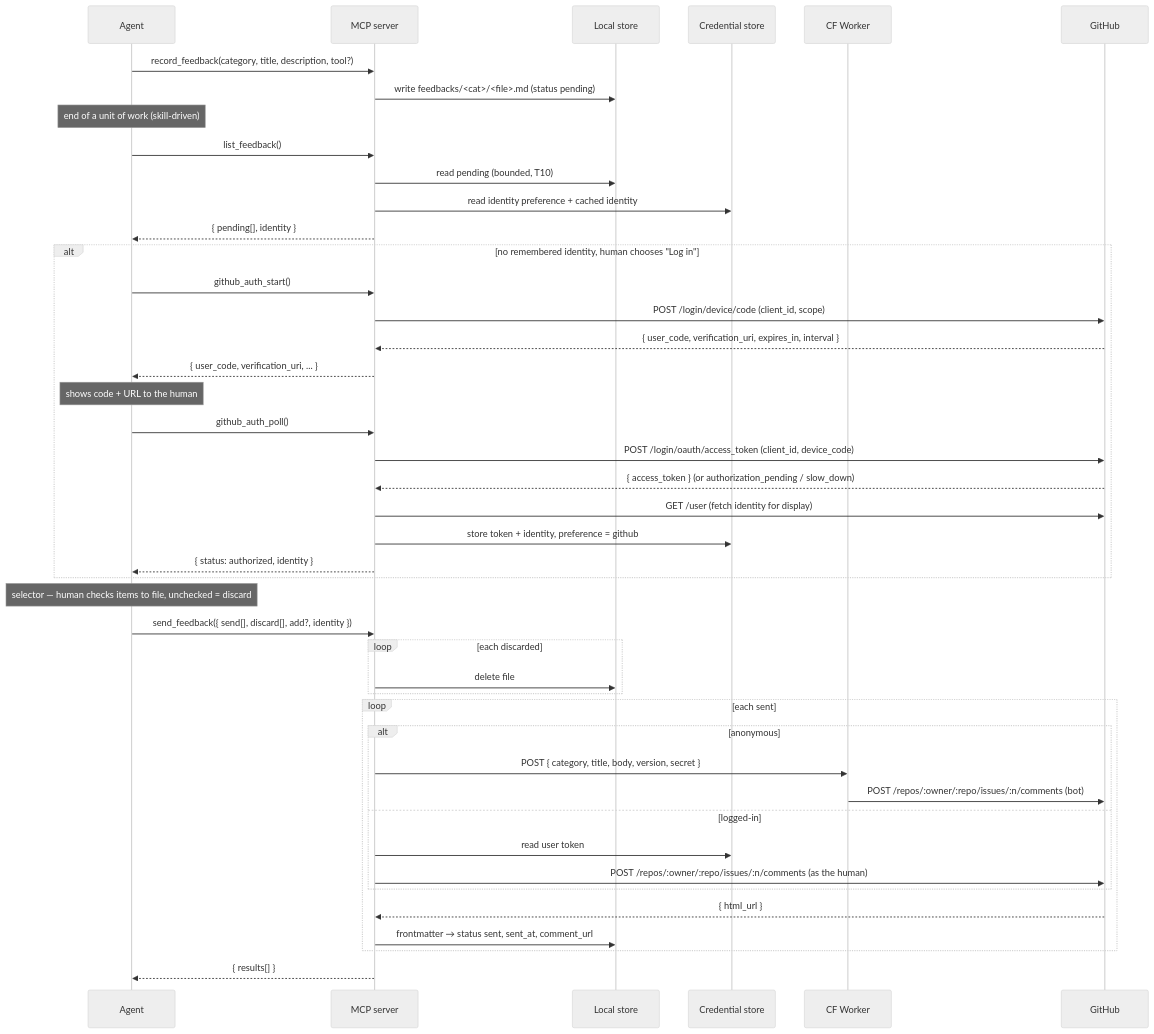
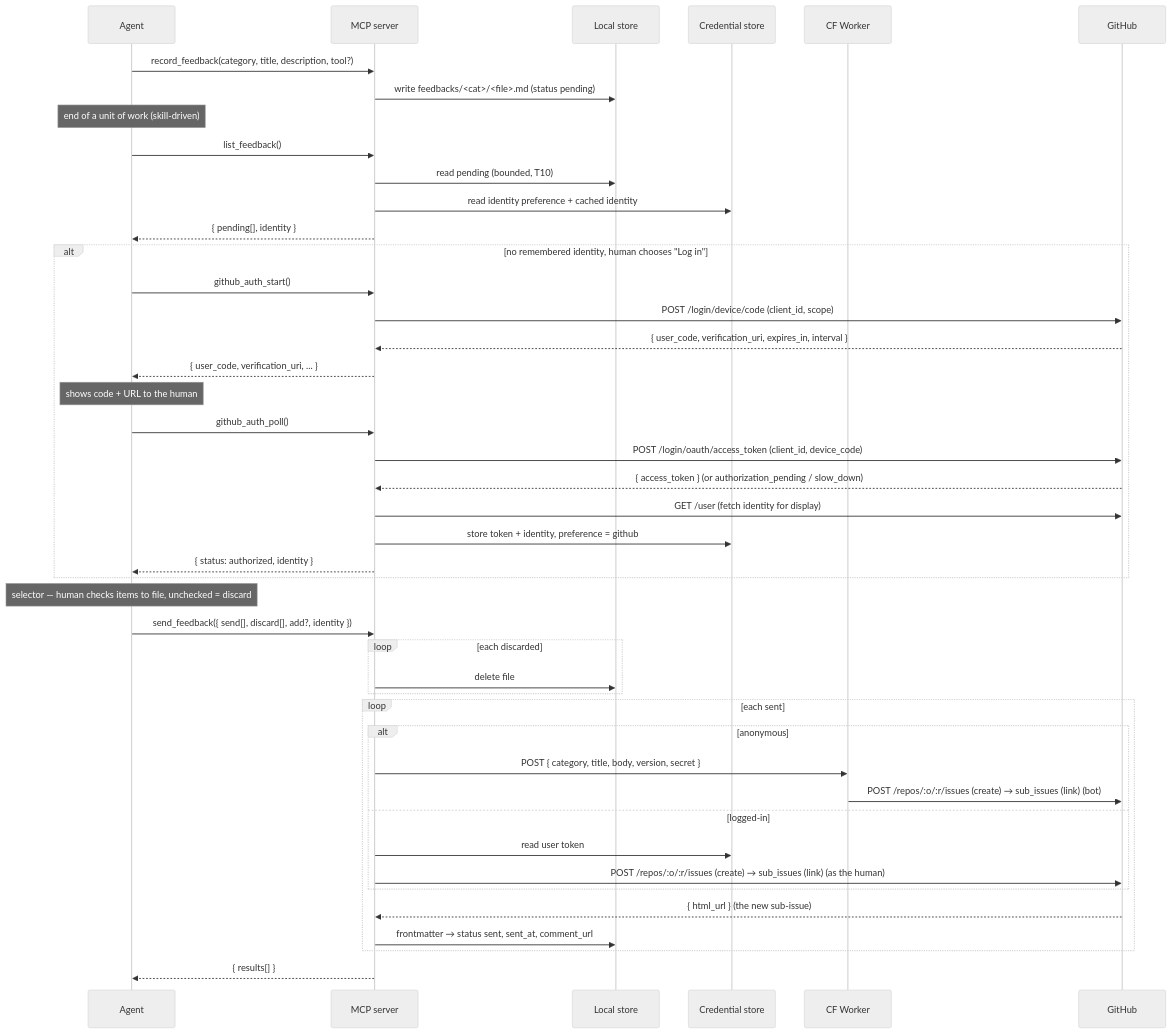
The diagram in docs/specs/feedback-system.md (yleilu/figma-agent-bridge), drawn with Mermaid (neutral theme) before and after one commit. The commit also changed other lines of this file and 1 other file, not shown here.

First line of the commit message:
docs(spec): file feedback as sub-issues under category parents

````diff
--- a/docs/specs/feedback-system.md
+++ b/docs/specs/feedback-system.md
@@ -86,50 +90,50 @@
 ```mermaid
 sequenceDiagram
     participant Agent
     participant Server as MCP server
     participant Store as Local store
     participant Cred as Credential store
     participant Worker as CF Worker
     participant GH as GitHub
 
     Agent->>Server: record_feedback(category, title, description, tool?)
     Server->>Store: write feedbacks/<cat>/<file>.md (status pending)
 
     Note over Agent: end of a unit of work (skill-driven)
     Agent->>Server: list_feedback()
     Server->>Store: read pending (bounded, T10)
     Server->>Cred: read identity preference + cached identity
     Server-->>Agent: { pending[], identity }
 
     alt no remembered identity, human chooses "Log in"
         Agent->>Server: github_auth_start()
         Server->>GH: POST /login/device/code (client_id, scope)
         GH-->>Server: { user_code, verification_uri, expires_in, interval }
         Server-->>Agent: { user_code, verification_uri, ... }
         Note over Agent: shows code + URL to the human
         Agent->>Server: github_auth_poll()
         Server->>GH: POST /login/oauth/access_token (client_id, device_code)
         GH-->>Server: { access_token }  (or authorization_pending / slow_down)
         Server->>GH: GET /user  (fetch identity for display)
         Server->>Cred: store token + identity, preference = github
         Server-->>Agent: { status: authorized, identity }
     end
 
     Note over Agent: selector — human checks items to file, unchecked = discard
     Agent->>Server: send_feedback({ send[], discard[], add?, identity })
     loop each discarded
         Server->>Store: delete file
     end
     loop each sent
         alt anonymous
             Server->>Worker: POST { category, title, body, version, secret }
-            Worker->>GH: POST /repos/:owner/:repo/issues/:n/comments (bot)
+            Worker->>GH: POST /repos/:o/:r/issues (create) → sub_issues (link) (bot)
         else logged-in
             Server->>Cred: read user token
-            Server->>GH: POST /repos/:owner/:repo/issues/:n/comments (as the human)
+            Server->>GH: POST /repos/:o/:r/issues (create) → sub_issues (link) (as the human)
         end
-        GH-->>Server: { html_url }
+        GH-->>Server: { html_url }  (the new sub-issue)
         Server->>Store: frontmatter → status sent, sent_at, comment_url
     end
     Server-->>Agent: { results[] }
 ```
````
